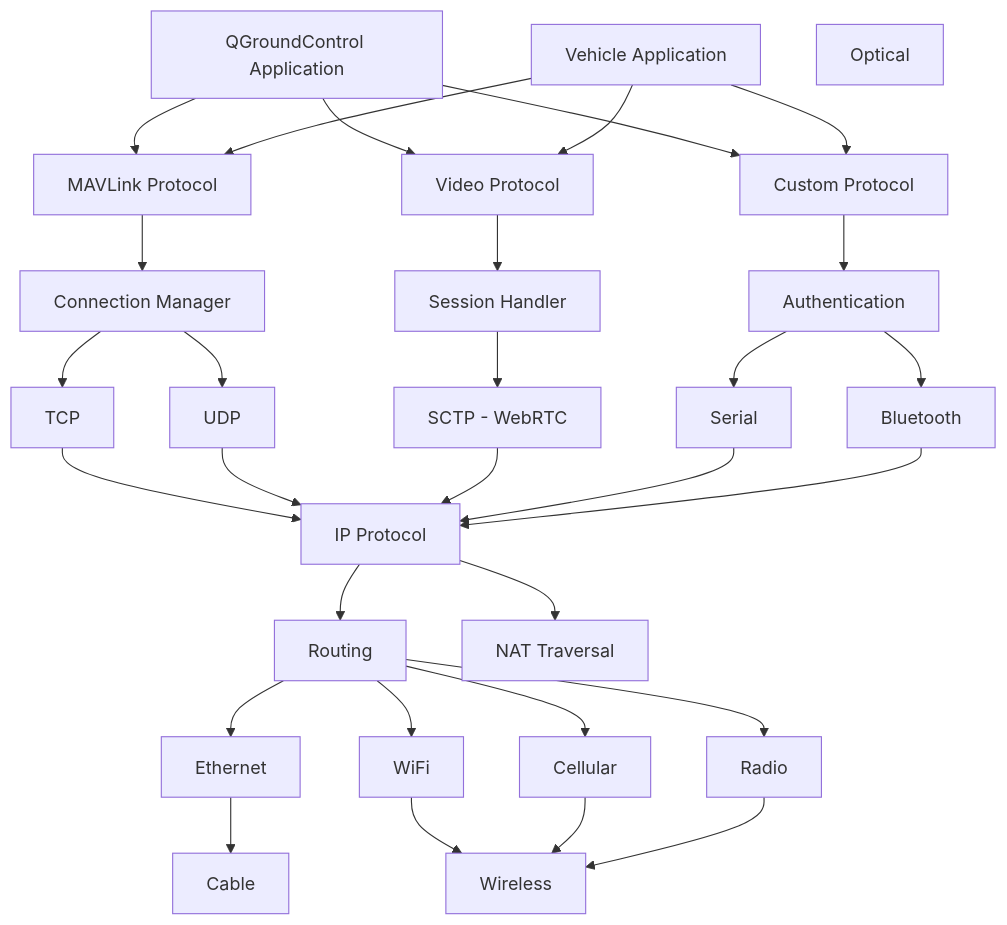
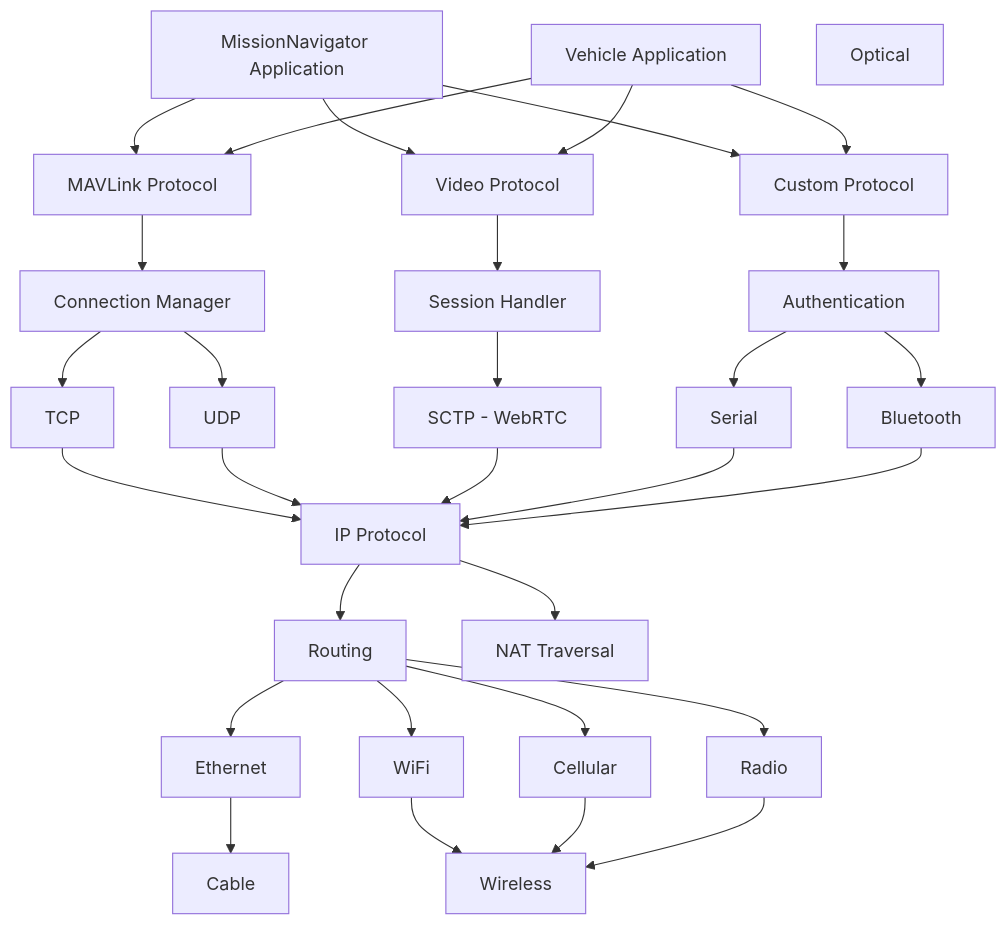
The fourth of 8 diagrams in QGroundControl_Data_Video_Architecture.md (hsgang/qgroundcontrol), drawn with Mermaid before and after one commit. The commit also changed other lines of this file and 2 other files, not shown here.

````diff
--- a/QGroundControl_Data_Video_Architecture.md
+++ b/QGroundControl_Data_Video_Architecture.md
@@ -232,69 +232,69 @@
 ```mermaid
 graph TD
-    QGCApp[QGroundControl Application]
+    MissionNavigator[MissionNavigator Application]
     VehicleApp[Vehicle Application]
     
     MAVLinkProtocol[MAVLink Protocol]
     VideoProtocol[Video Protocol]
     CustomProtocol[Custom Protocol]
     
     ConnectionManager[Connection Manager]
     SessionHandler[Session Handler]
     Authentication[Authentication]
     
     TCP[TCP]
     UDP[UDP]
     SCTP[SCTP - WebRTC]
     Serial[Serial]
     Bluetooth[Bluetooth]
     
     IP[IP Protocol]
     Routing[Routing]
     NAT[NAT Traversal]
     
     Ethernet[Ethernet]
     WiFi[WiFi]
     Cellular[Cellular]
     Radio[Radio]
     
     Cable[Cable]
     Wireless[Wireless]
     Optical[Optical]
     
-    QGCApp --> MAVLinkProtocol
-    QGCApp --> VideoProtocol
-    QGCApp --> CustomProtocol
+    MissionNavigator --> MAVLinkProtocol
+    MissionNavigator --> VideoProtocol
+    MissionNavigator --> CustomProtocol
     
     VehicleApp --> MAVLinkProtocol
     VehicleApp --> VideoProtocol
     VehicleApp --> CustomProtocol
     
     MAVLinkProtocol --> ConnectionManager
     VideoProtocol --> SessionHandler
     CustomProtocol --> Authentication
     
     ConnectionManager --> TCP
     ConnectionManager --> UDP
     SessionHandler --> SCTP
     Authentication --> Serial
     Authentication --> Bluetooth
     
     TCP --> IP
     UDP --> IP
     SCTP --> IP
     Serial --> IP
     Bluetooth --> IP
     
     IP --> Routing
     IP --> NAT
     
     Routing --> Ethernet
     Routing --> WiFi
     Routing --> Cellular
     Routing --> Radio
     
     Ethernet --> Cable
     WiFi --> Wireless
     Cellular --> Wireless
     Radio --> Wireless
 ```
````
